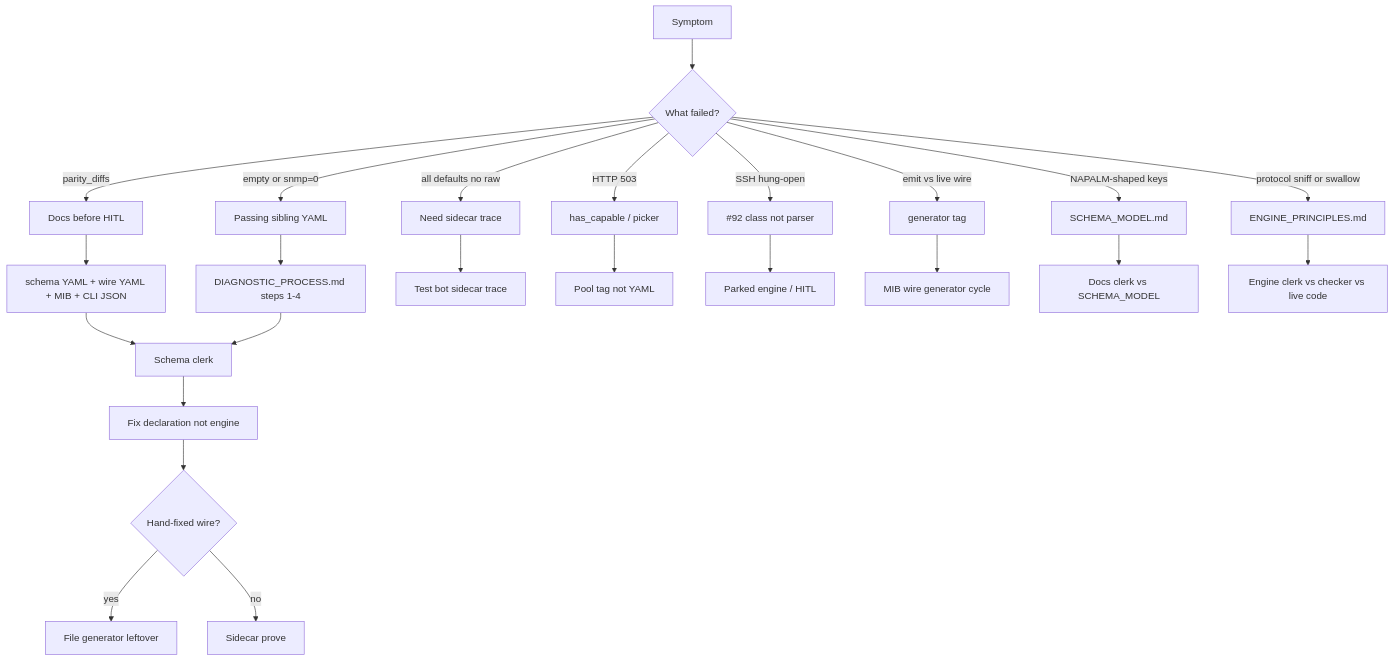
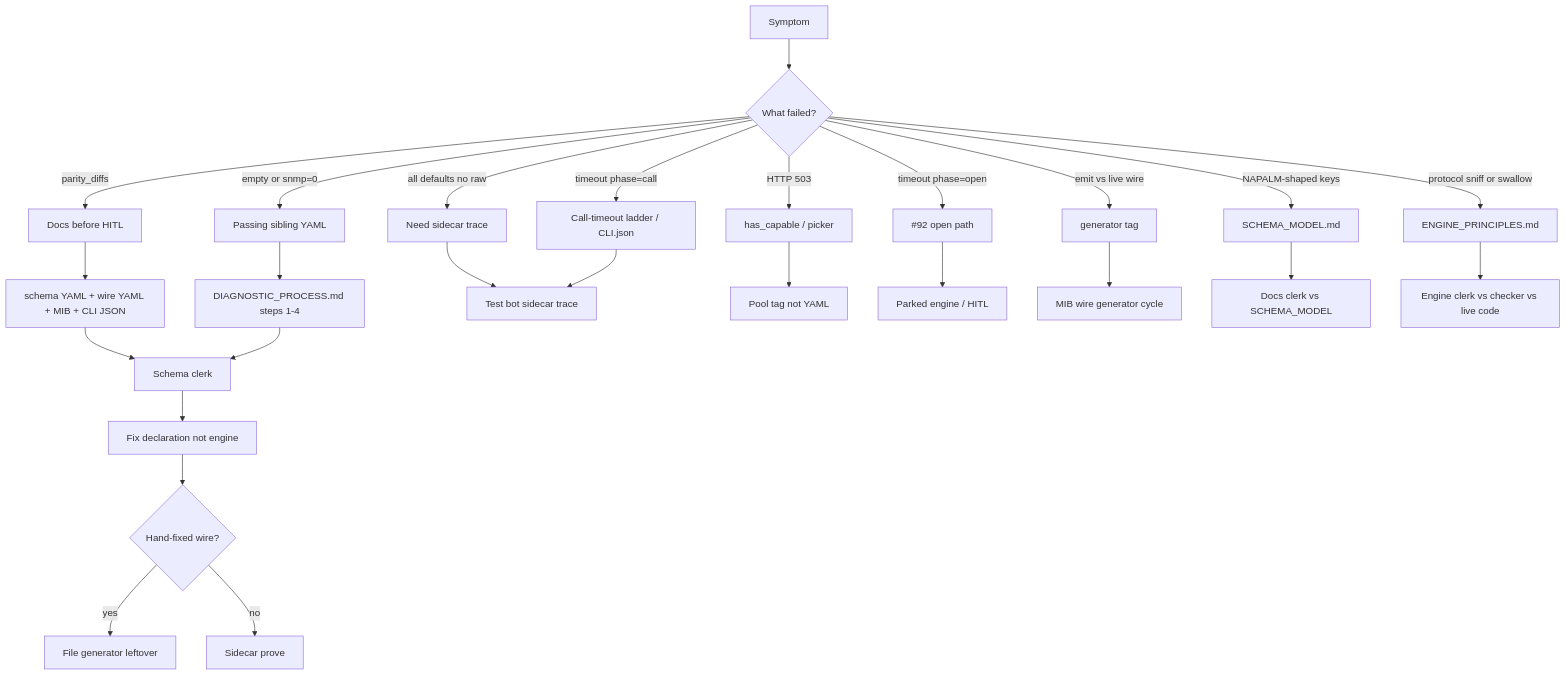
The first of 2 diagrams in docs/DIAGNOSTIC_PROCESS.md (AdamRickards/crude-engine), drawn with Mermaid before and after one commit. The commit also changed other lines of this file and 5 other files, not shown here.

First line of the commit message:
docs(agents): Test-bot call-timeout resolution after phase attribution

````diff
--- a/docs/DIAGNOSTIC_PROCESS.md
+++ b/docs/DIAGNOSTIC_PROCESS.md
@@ -51,28 +51,30 @@
 ```mermaid
 flowchart TD
   symptom[Symptom] --> kind{What failed?}
   kind -->|parity_diffs| parity[Docs before HITL]
   kind -->|empty or snmp=0| sibling[Passing sibling YAML]
   kind -->|all defaults no raw| trace[Need sidecar trace]
   kind -->|HTTP 503| cap[has_capable / picker]
-  kind -->|SSH hung-open| hang[#92 class not parser]
+  kind -->|timeout phase=open| hang[#92 open path]
+  kind -->|timeout phase=call| callT[Call-timeout ladder / CLI.json]
   kind -->|emit vs live wire| gen[generator tag]
   kind -->|NAPALM-shaped keys| shape[SCHEMA_MODEL.md]
   kind -->|protocol sniff or swallow| prin[ENGINE_PRINCIPLES.md]
 
   parity --> four[schema YAML + wire YAML + MIB + CLI JSON]
   sibling --> diag["DIAGNOSTIC_PROCESS.md steps 1-4"]
   four --> schemaFirst[Schema clerk]
   diag --> schemaFirst
   trace --> testBot[Test bot sidecar trace]
   cap --> pool[Pool tag not YAML]
   hang --> park[Parked engine / HITL]
+  callT --> testBot
   gen --> emitSkill[MIB wire generator cycle]
   shape --> docsAudit[Docs clerk vs SCHEMA_MODEL]
   prin --> engine[Engine clerk vs checker vs live code]
 
   schemaFirst --> yamlFix[Fix declaration not engine]
   yamlFix --> leftover{Hand-fixed wire?}
   leftover -->|yes| fileGen[File generator leftover]
   leftover -->|no| sidecarProve[Sidecar prove]
 ```
````
